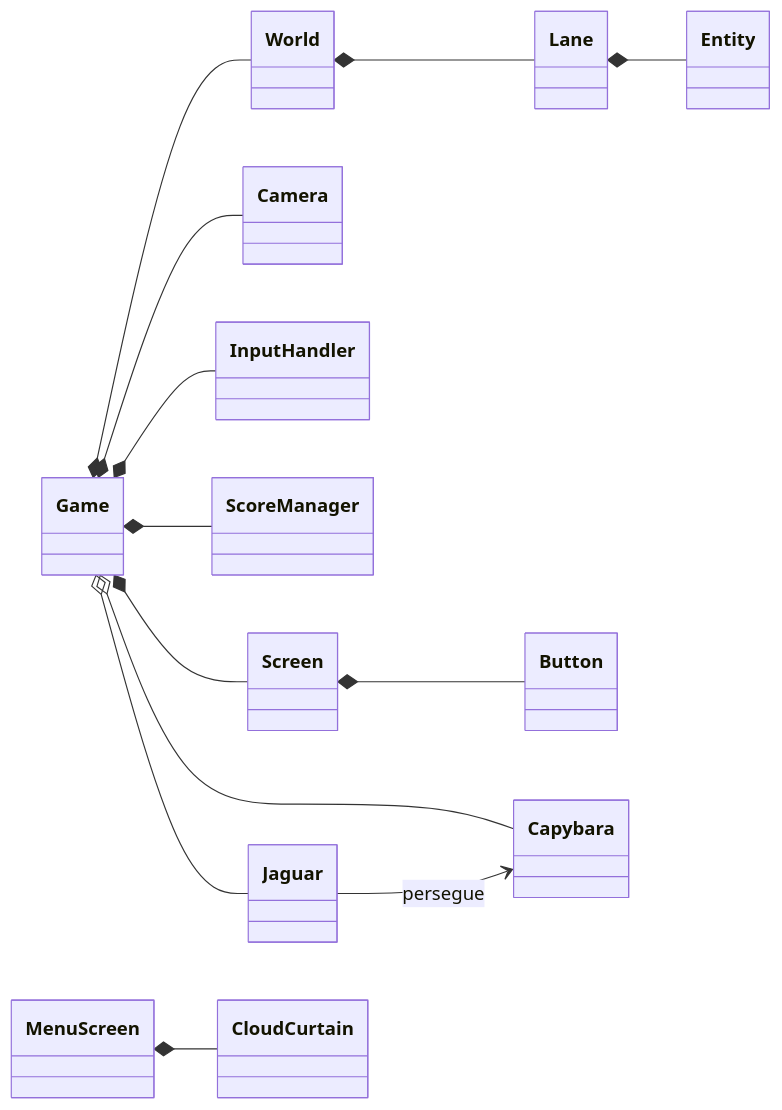
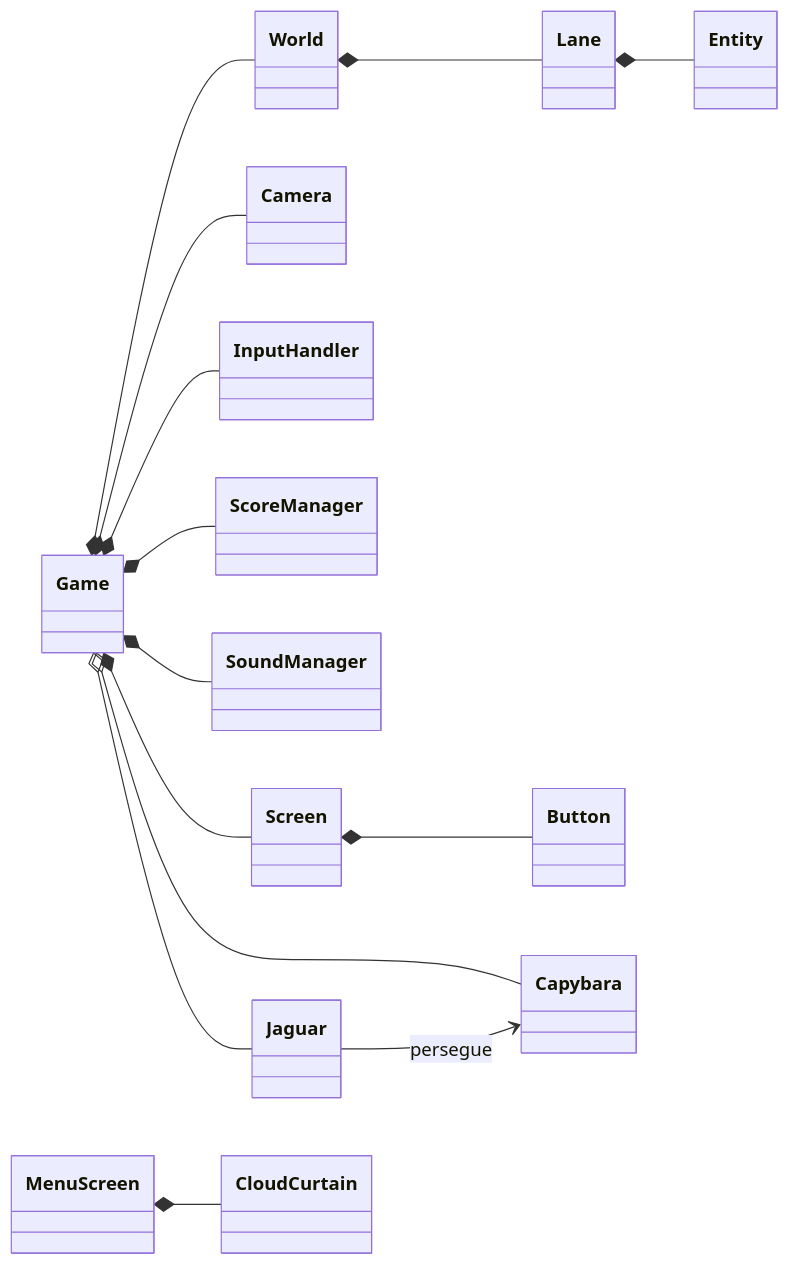
Before and after one commit to matheusggdev/capybara-road: the second of 2 diagrams in README.md, drawn with Mermaid. The commit also changed other lines of this file and 25 other files, not shown here.

````diff
--- a/README.md
+++ b/README.md
@@ -157,16 +160,17 @@
 ```mermaid
 classDiagram
     direction LR
     Game *-- World
     Game *-- Camera
     Game *-- InputHandler
     Game *-- ScoreManager
+    Game *-- SoundManager
     Game *-- Screen
     Game o-- Capybara
     Game o-- Jaguar
     World *-- Lane
     Lane *-- Entity
     Jaguar --> Capybara : persegue
     Screen *-- Button
     MenuScreen *-- CloudCurtain
 ```
````
